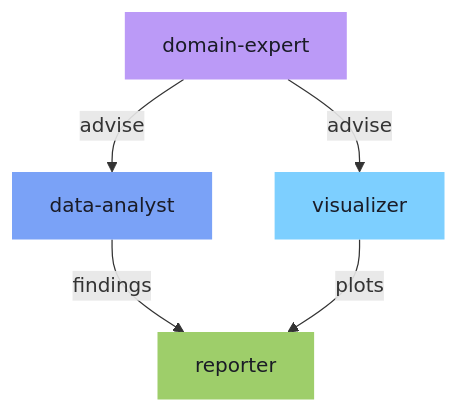
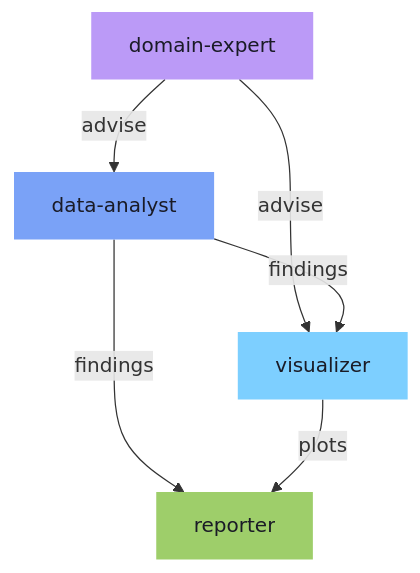
The diagram in README.md (jum-matsukuma/MultiAgentAnalytics), drawn with Mermaid before and after one commit.

Commit message:
fix(docs): add data-analyst to visualizer edge in workflow diagram
The visualizer needs analysis findings to determine what to plot.

````diff
--- a/README.md
+++ b/README.md
@@ -31,11 +31,12 @@
 ```mermaid
 graph TD
     A["domain-expert"] -->|advise| B["data-analyst"]
     A -->|advise| C["visualizer"]
+    B -->|findings| C
     B -->|findings| D["reporter"]
     C -->|plots| D
     style A fill:#bb9af7,color:#1a1b26,stroke:none
     style B fill:#7aa2f7,color:#1a1b26,stroke:none
     style C fill:#7dcfff,color:#1a1b26,stroke:none
     style D fill:#9ece6a,color:#1a1b26,stroke:none
 ```
````
